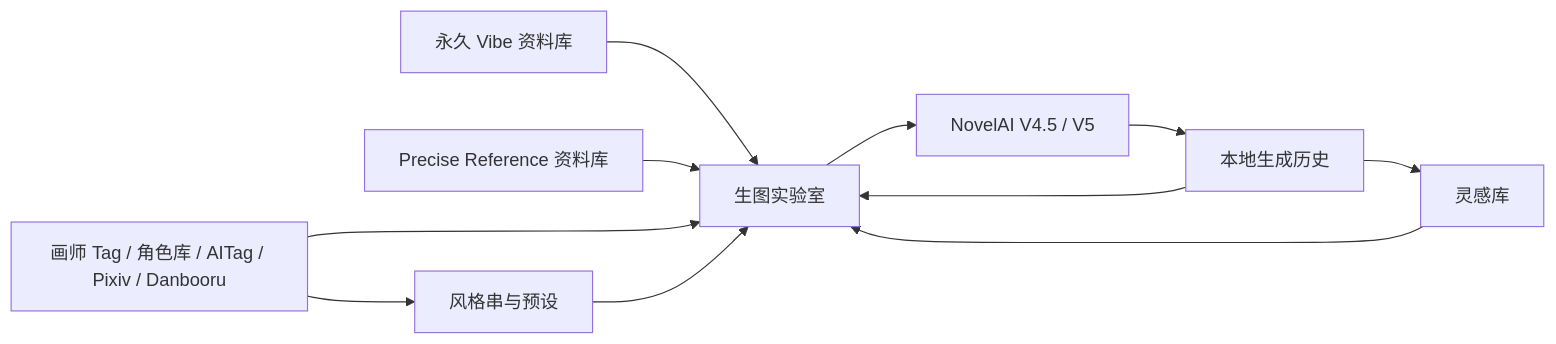
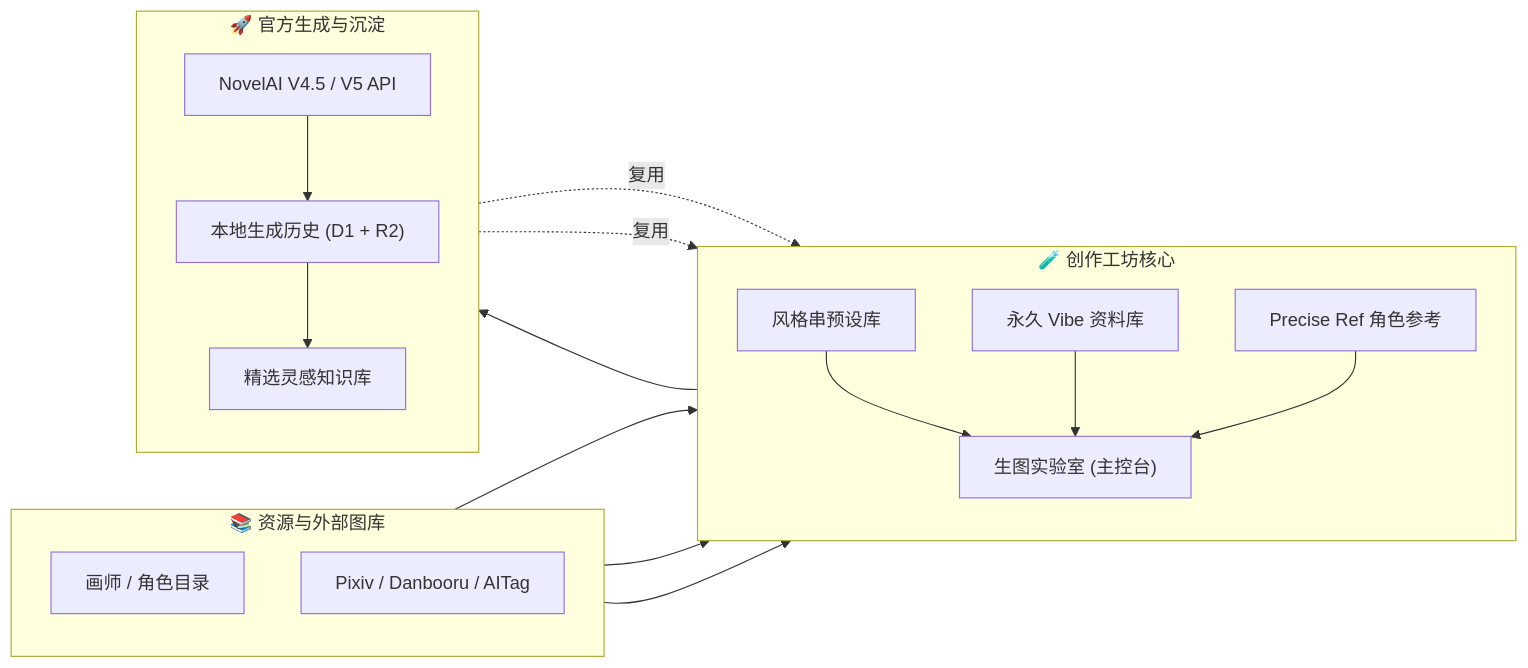
The first of 3 diagrams in README.md (HelloQun54321/nai-atelier), drawn with Mermaid before and after one commit. The commit also changed other lines of this file and 4 other files, not shown here.

Commit message:
style: optimize README layout, heading hierarchy, and architecture diagram

````diff
--- a/README.md
+++ b/README.md
@@ -90,13 +95,35 @@
 ```mermaid
 flowchart LR
-    A["画师 Tag / 角色库 / AITag / Pixiv / Danbooru"] --> B["风格串与预设"]
-    V["永久 Vibe 资料库"] --> C["生图实验室"]
-    P["Precise Reference 资料库"] --> C
-    A --> C["生图实验室"]
+    subgraph S1["📚 资源与外部图库"]
+        direction TB
+        A["画师 / 角色目录"]
+        B["Pixiv / Danbooru / AITag"]
+    end
+
+    subgraph S2["🧪 创作工坊核心"]
+        direction TB
+        C["风格串预设库"]
+        D["永久 Vibe 资料库"]
+        E["Precise Ref 角色参考"]
+        F["生图实验室 (主控台)"]
+    end
+
+    subgraph S3["🚀 官方生成与沉淀"]
+        direction TB
+        G["NovelAI V4.5 / V5 API"]
+        H["本地生成历史 (D1 + R2)"]
+        I["精选灵感知识库"]
+    end
+
+    A --> C
     B --> C
-    C --> D["NovelAI V4.5 / V5"]
-    D --> E["本地生成历史"]
-    E --> F["灵感库"]
-    E --> C
-    F --> C
+    B --> F
+    C --> F
+    D --> F
+    E --> F
+    F --> G
+    G --> H
+    H --> I
+    H -.->|复用| F
+    I -.->|复用| F
 ```
````
